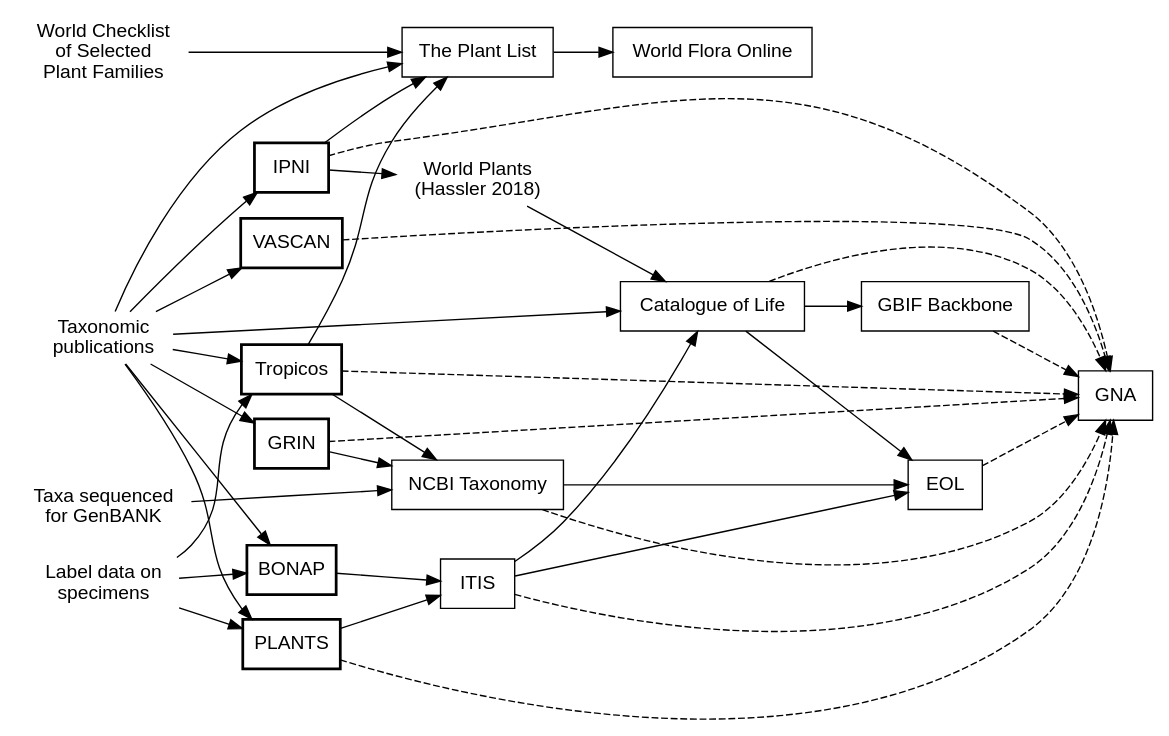
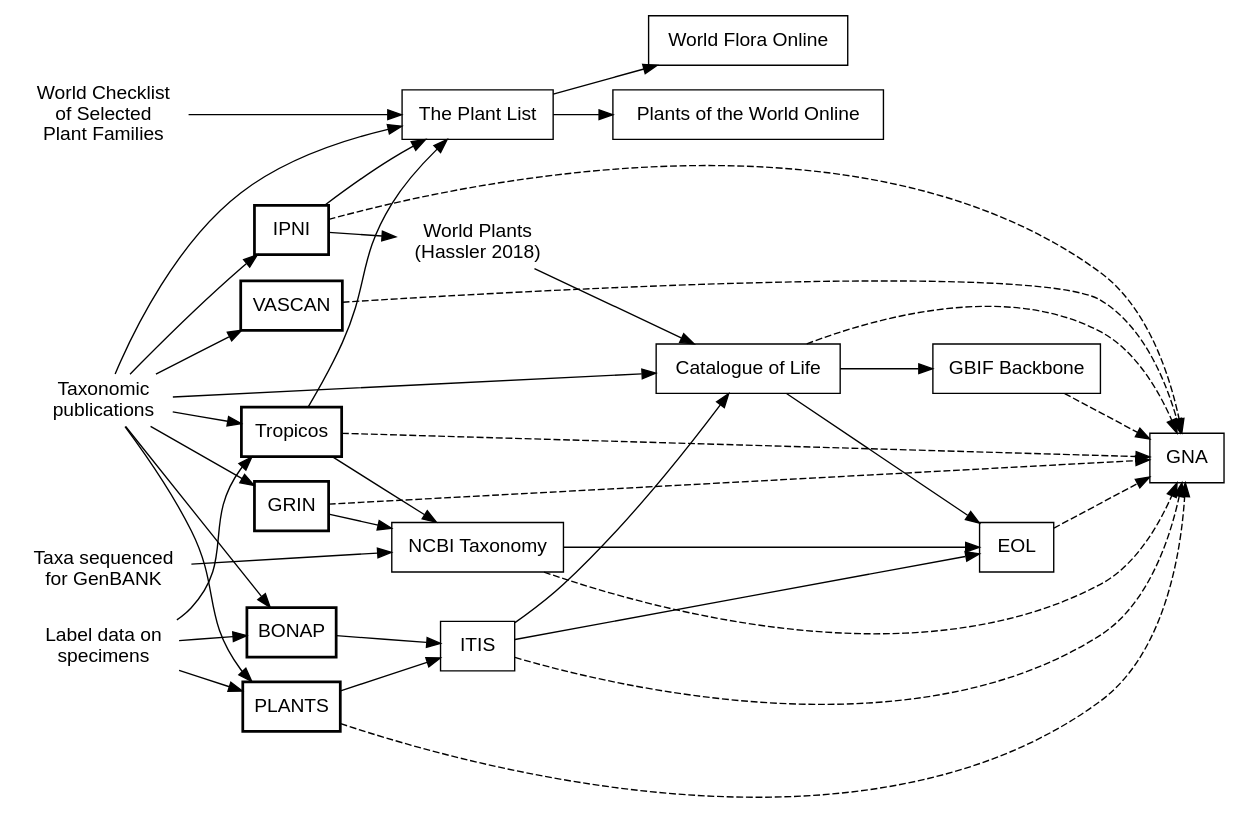
The diagram in figs/namesflow.dot (camwebb/akflora), drawn with Graphviz before and after one commit. The commit also changed 3 other files, not shown here.

Commit message:
added tcm to graph

```diff
--- a/figs/namesflow.dot
+++ b/figs/namesflow.dot
@@ -1,118 +1,120 @@
 /* dot -T png test.dot > test.png */
 
 /* Notes: 1. Bold box = ...new data from taxonomic literature is presented
    for the first time. 2. The edges must be outside the subgraph - if not
    they will force the start and end of the edge to be on the same rank. 
    3. I could not get this to work with subgraphs, since subgraphs 1 and 2,
    with rank=same, collapse into a single rank. Using the new ranking method. */
 
 digraph structure {
     rankdir="LR";
     newrank=true; 
     node [fontname="Helvetica",shape=box];
     edge [fontname="Courier", len=1.5, arrowhead=normal];
 
     { rank=same; WCSP; taxmon; GenBANK; Specs }
     { rank=same; IPNI; Tropicos; GRIN;  BONAP ;
         VASCAN; plants }
         //; FNA}
     { rank=same; PL; NCBI }
     { rank=same; ITIS; WP }
     { rank=same; COL; WFO }
     { rank=same; GBIF; EOL }
         
     // raw
 
     WCSP [label="World Checklist\nof Selected\nPlant Families",shape=box,style=bold,color=invis];
 
     taxmon [label="Taxonomic\npublications",shape=box,color=invis];
 
     GenBANK [label="Taxa sequenced\nfor GenBANK",color=invis];
 
     Specs [label="Label data on\nspecimens",color=invis];
 
     // primary
     
     taxmon -> IPNI;
     IPNI [shape=box,style=bold];
 
     // PAF [style=bold];
     // taxmon -> PAF;
     
     Tropicos [shape=box,style=bold];
     taxmon -> Tropicos;
     Specs -> Tropicos;
 
     GRIN [style=bold];
     taxmon -> GRIN;
 
     BONAP [style=bold];
     taxmon -> BONAP;
     Specs -> BONAP;
 
     VASCAN [style=bold];
     taxmon -> VASCAN;
     
     plants [label="PLANTS",style=bold];
     // GRIN -> plants;
     // BONAP -> plants;
     taxmon -> plants;
     Specs -> plants;
 
 //    FNA [label="Flora N.A.",style=bold];
 //    taxmon -> FNA;
 //    Specs -> FNA;
 
     // secondary
     
     PL [label="The Plant List"];        
     WCSP -> PL;
     taxmon -> PL;
     Tropicos -> PL;
     IPNI -> PL;
 
 
     GBIF [label="GBIF Backbone"];
     COL -> GBIF;
     // Specs -> GBIF;
      
     ITIS;
     BONAP -> ITIS;
     plants -> ITIS;
 
     IPNI -> WP;
     WP [label="World Plants\n(Hassler 2018)",color=invis];
 
     PL -> WFO;
+    PL -> POWO;
     WFO [label="World Flora Online"];
+    POWO [label="Plants of the World Online"];
     
     COL [label="Catalogue of Life"];
     ITIS -> COL;
     taxmon -> COL;
     WP -> COL;
  
     GenBANK -> NCBI;
     NCBI [label="NCBI Taxonomy"];
     GRIN -> NCBI;
     Tropicos -> NCBI;
 
     // tertiary
     EOL;
     ITIS -> EOL;
     COL -> EOL ;
     NCBI -> EOL;
 
     // GNA
     
     GNA;
     IPNI -> GNA [style=dashed];
     VASCAN -> GNA [style=dashed];
     plants -> GNA [style=dashed];
     ITIS -> GNA [style=dashed];
     COL -> GNA [style=dashed];
     EOL -> GNA [style=dashed];
     GBIF -> GNA [style=dashed];
     Tropicos -> GNA [style=dashed];
     NCBI -> GNA [style=dashed];
     GRIN -> GNA [style=dashed];
 }
```
